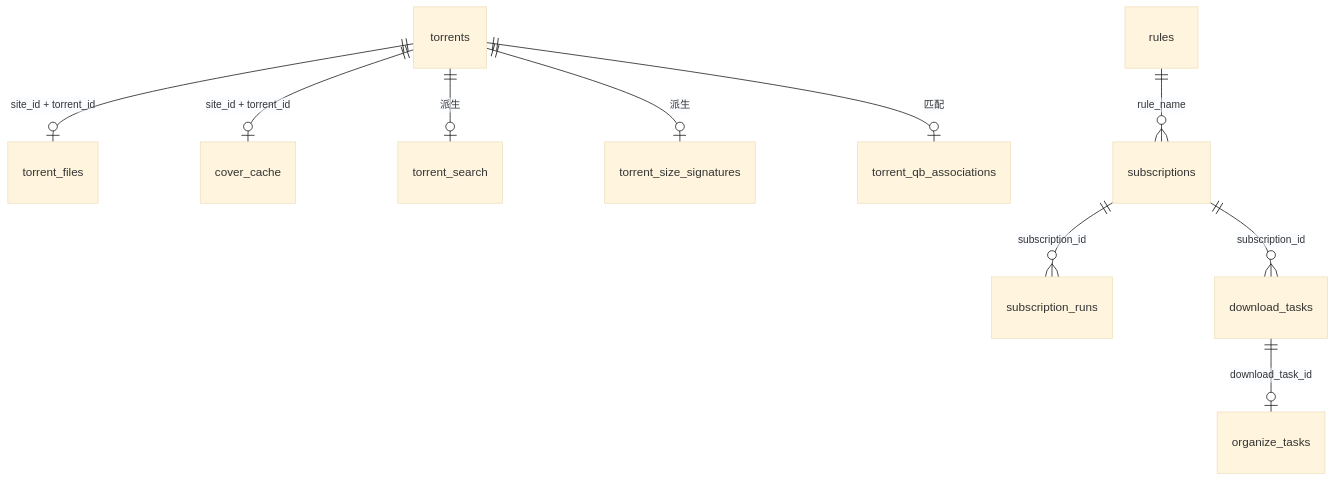
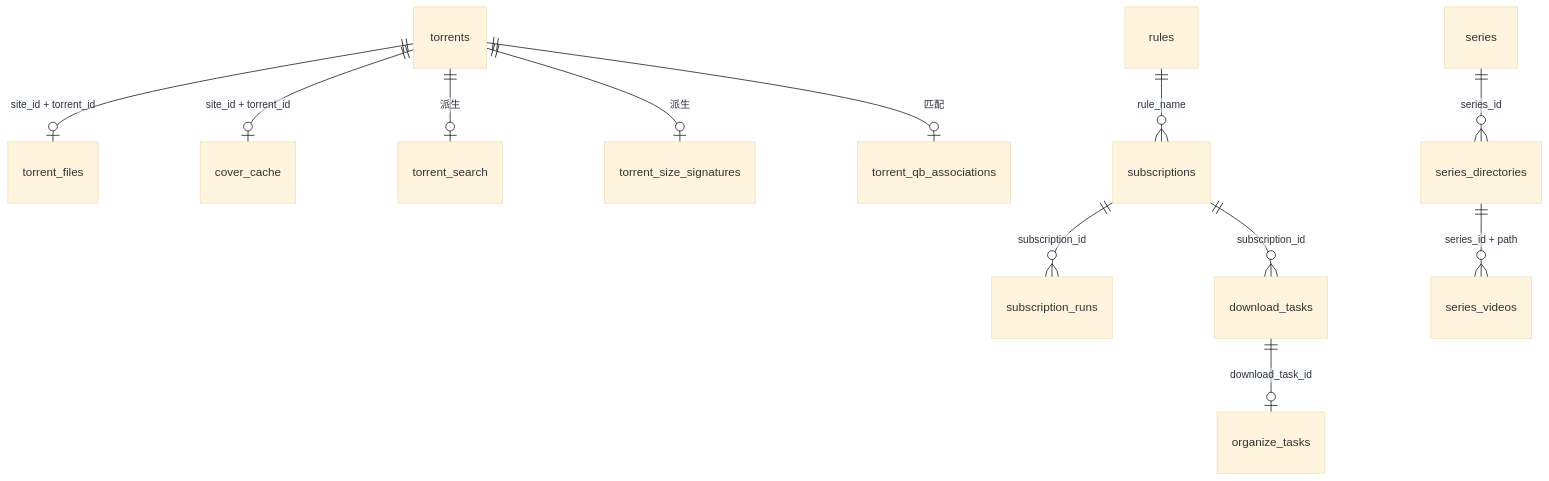
One commit to Huffer342-WSH/NexusBridge changed the second of 2 diagrams in docs/storage.md. Above: the diagram before and after it, drawn with Mermaid (base theme). The commit also changed other lines of this file and 25 other files, not shown here.

````diff
--- a/docs/storage.md
+++ b/docs/storage.md
@@ -233,12 +243,14 @@
 ```mermaid
 erDiagram
     torrents ||--o| torrent_files : "site_id + torrent_id"
     torrents ||--o| cover_cache : "site_id + torrent_id"
     torrents ||--o| torrent_search : "派生"
     torrents ||--o| torrent_size_signatures : "派生"
     torrents ||--o| torrent_qb_associations : "匹配"
     rules ||--o{ subscriptions : "rule_name"
     subscriptions ||--o{ subscription_runs : "subscription_id"
     subscriptions ||--o{ download_tasks : "subscription_id"
     download_tasks ||--o| organize_tasks : "download_task_id"
+    series ||--o{ series_directories : "series_id"
+    series_directories ||--o{ series_videos : "series_id + path"
 ```
````
